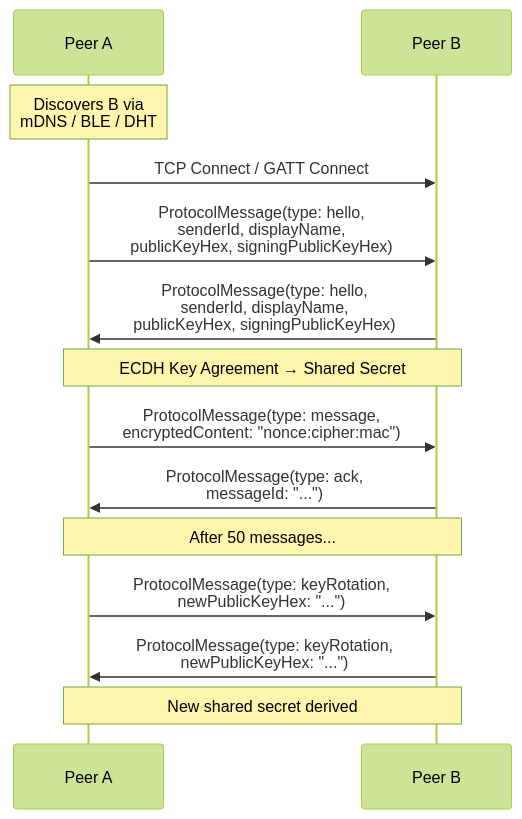
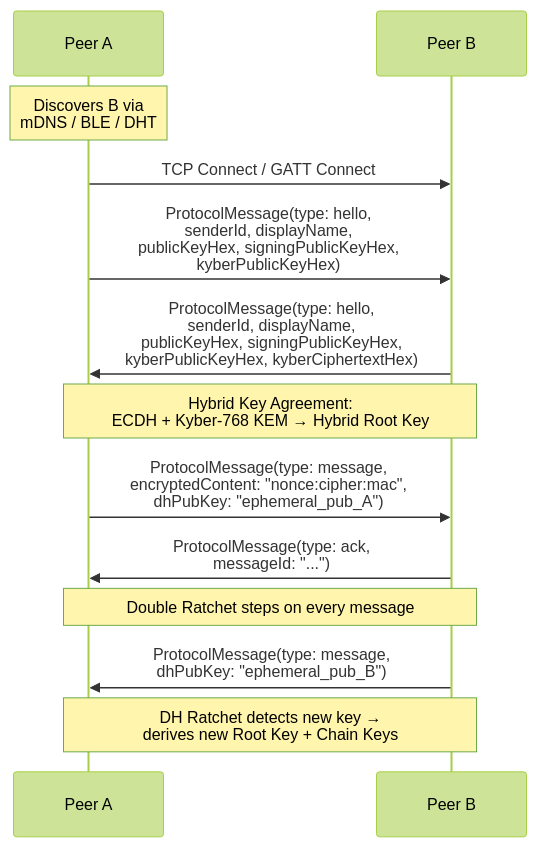
Diagram 19 of 20 in README.md (harshitt13/NyxChat), drawn with Mermaid (forest theme) before and after one commit. The commit also changed other lines of this file and 75 other files, not shown here.

````diff
--- a/README.md
+++ b/README.md
@@ -691,22 +869,21 @@
 ```mermaid
 sequenceDiagram
     participant A as Peer A
     participant B as Peer B
 
     Note over A: Discovers B via<br/>mDNS / BLE / DHT
 
     A->>B: TCP Connect / GATT Connect
-    A->>B: ProtocolMessage(type: hello,<br/>senderId, displayName,<br/>publicKeyHex, signingPublicKeyHex)
+    A->>B: ProtocolMessage(type: hello,<br/>senderId, displayName,<br/>publicKeyHex, signingPublicKeyHex,<br/>kyberPublicKeyHex)
 
-    B->>A: ProtocolMessage(type: hello,<br/>senderId, displayName,<br/>publicKeyHex, signingPublicKeyHex)
+    B->>A: ProtocolMessage(type: hello,<br/>senderId, displayName,<br/>publicKeyHex, signingPublicKeyHex,<br/>kyberPublicKeyHex, kyberCiphertextHex)
 
-    Note over A,B: ECDH Key Agreement → Shared Secret
+    Note over A,B: Hybrid Key Agreement:<br/>ECDH + Kyber-768 KEM → Hybrid Root Key
 
-    A->>B: ProtocolMessage(type: message,<br/>encryptedContent: "nonce:cipher:mac")
+    A->>B: ProtocolMessage(type: message,<br/>encryptedContent: "nonce:cipher:mac",<br/>dhPubKey: "ephemeral_pub_A")
     B->>A: ProtocolMessage(type: ack,<br/>messageId: "...")
 
-    Note over A,B: After 50 messages...
-    A->>B: ProtocolMessage(type: keyRotation,<br/>newPublicKeyHex: "...")
-    B->>A: ProtocolMessage(type: keyRotation,<br/>newPublicKeyHex: "...")
-    Note over A,B: New shared secret derived
+    Note over A,B: Double Ratchet steps on every message
+    B->>A: ProtocolMessage(type: message,<br/>dhPubKey: "ephemeral_pub_B")
+    Note over A,B: DH Ratchet detects new key →<br/>derives new Root Key + Chain Keys
 ```
````
